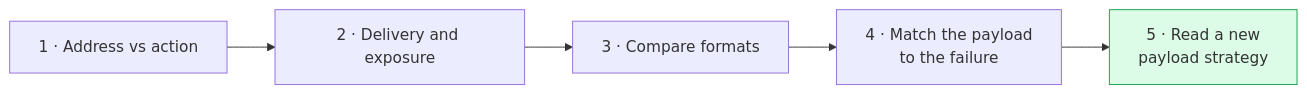
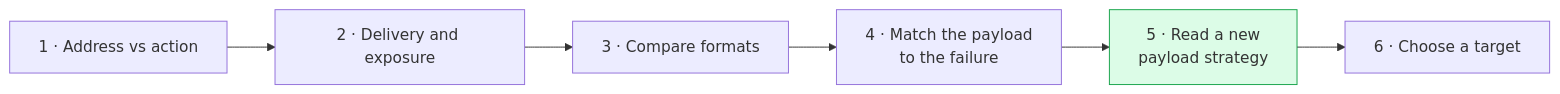
One commit to jasonLaster/oncoguide changed the first of 2 diagrams in wiki/education/guides/aiming-a-drug-at-a-surface-target/05-read-a-new-payload-strategy.md. Above: the diagram before and after it, drawn with Mermaid. The commit also changed other lines of this file and 527 other files, not shown here.

````diff
--- a/wiki/education/guides/aiming-a-drug-at-a-surface-target/05-read-a-new-payload-strategy.md
+++ b/wiki/education/guides/aiming-a-drug-at-a-surface-target/05-read-a-new-payload-strategy.md
@@ -40,8 +40,9 @@
 ```mermaid
 flowchart LR
  A["1 · Address vs action"] --> B["2 · Delivery and exposure"]
  B --> C["3 · Compare formats"]
  C --> D["4 · Match the payload<br/>to the failure"]
  D --> E["5 · Read a new<br/>payload strategy"]
+ E --> F["6 · Choose a target"]
  style E fill:#dcfce7,stroke:#16a34a
 ```
````
